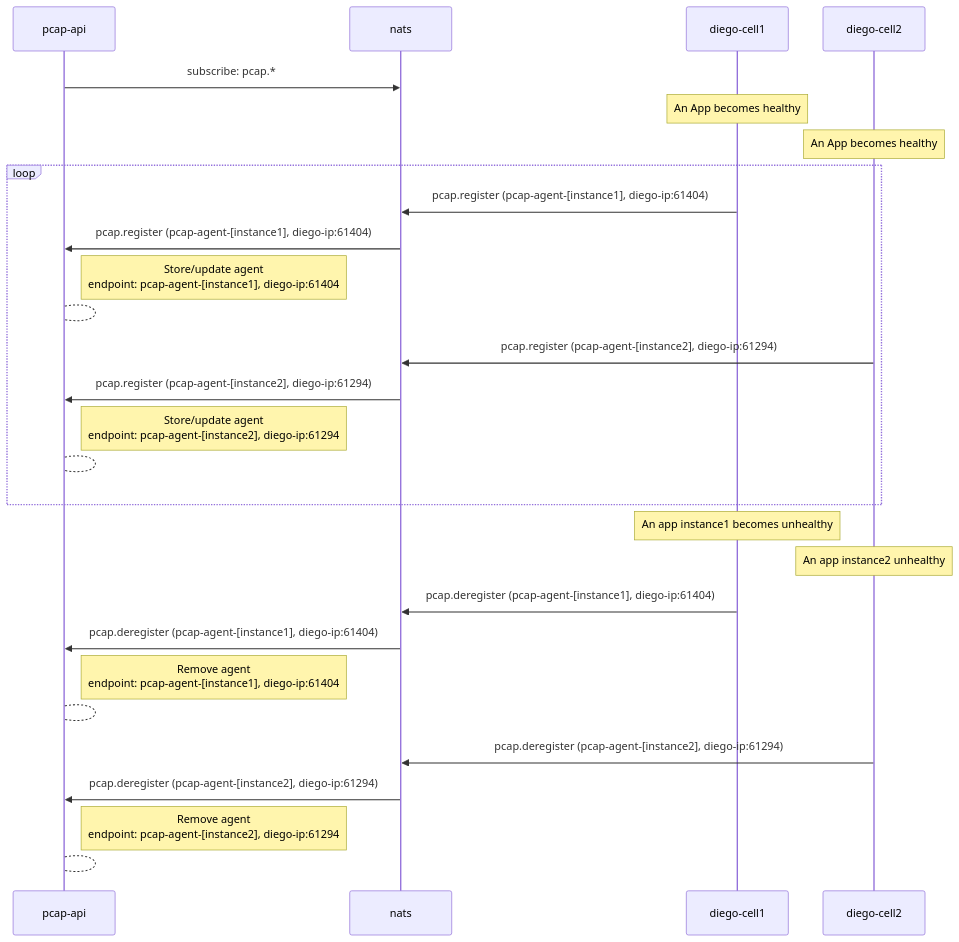
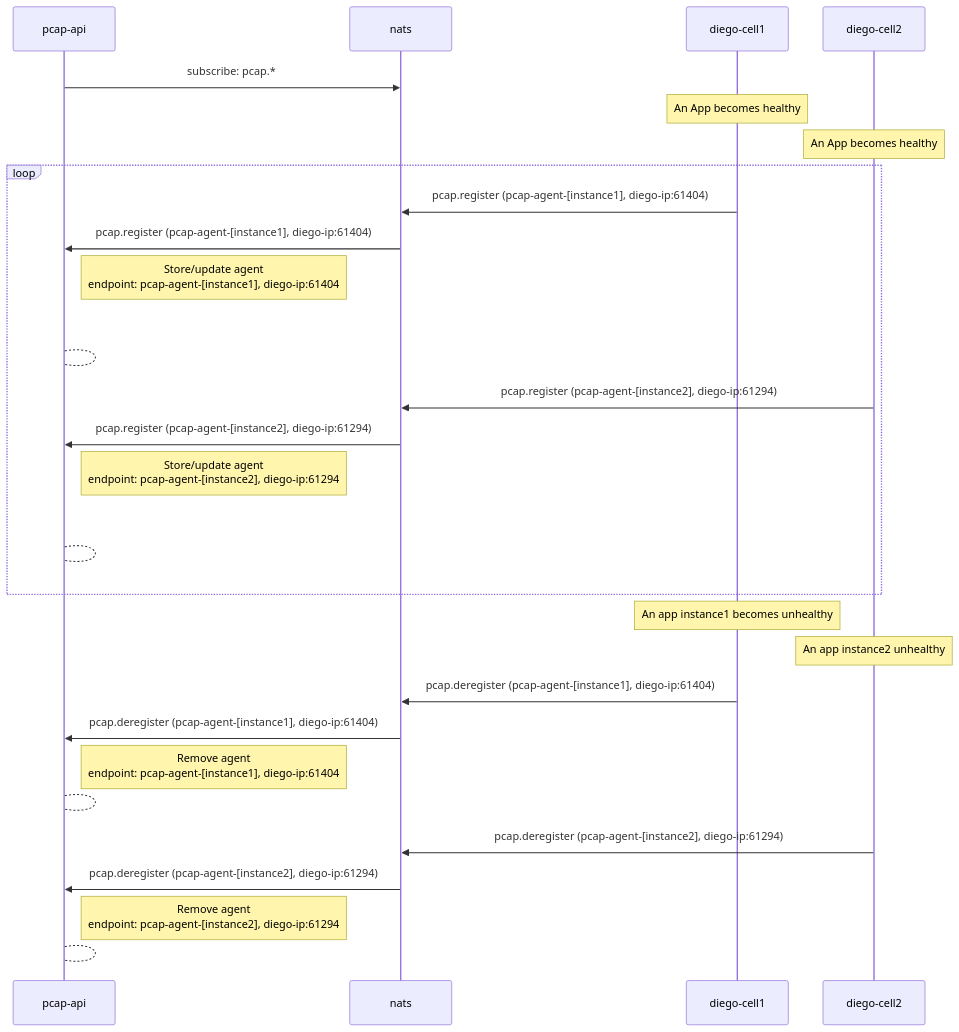
Before and after one commit to cloudfoundry/pcap-release: the second of 22 diagrams in docs/api-communication-spec.md, drawn with Mermaid. The commit also changed other lines of this file and 10 other files, not shown here.

````diff
--- a/docs/api-communication-spec.md
+++ b/docs/api-communication-spec.md
@@ -135,29 +135,29 @@
 ```mermaid
 sequenceDiagram
     pcap-api ->> nats: subscribe: pcap.*
   
     note over diego-cell1: An App becomes healthy
     note over diego-cell2: An App becomes healthy
     loop
         diego-cell1 ->> nats: pcap.register (pcap-agent-[instance1], diego-ip:61404)
         nats ->> pcap-api: pcap.register (pcap-agent-[instance1], diego-ip:61404)
         note right of pcap-api: Store/update agent<br>endpoint: pcap-agent-[instance1], diego-ip:61404
-        pcap-api --> pcap-api: 
+        pcap-api --> pcap-api: <br/>
         diego-cell2 ->> nats: pcap.register (pcap-agent-[instance2], diego-ip:61294)
         nats ->> pcap-api: pcap.register (pcap-agent-[instance2], diego-ip:61294)
         note right of pcap-api: Store/update agent<br>endpoint: pcap-agent-[instance2], diego-ip:61294
-        pcap-api --> pcap-api: 
+        pcap-api --> pcap-api: <br/>
     end
     note over diego-cell1: An app instance1 becomes unhealthy
     note over diego-cell2: An app instance2 unhealthy
 
     diego-cell1 ->> nats: pcap.deregister (pcap-agent-[instance1], diego-ip:61404)
     nats ->> pcap-api: pcap.deregister (pcap-agent-[instance1], diego-ip:61404)
     note right of pcap-api: Remove agent<br>endpoint: pcap-agent-[instance1], diego-ip:61404
     pcap-api --> pcap-api: 
 
     diego-cell2 ->> nats: pcap.deregister (pcap-agent-[instance2], diego-ip:61294)
     nats ->> pcap-api: pcap.deregister (pcap-agent-[instance2], diego-ip:61294)
     note right of pcap-api: Remove agent<br>endpoint: pcap-agent-[instance2], diego-ip:61294    
     pcap-api --> pcap-api: 
 ```
````
